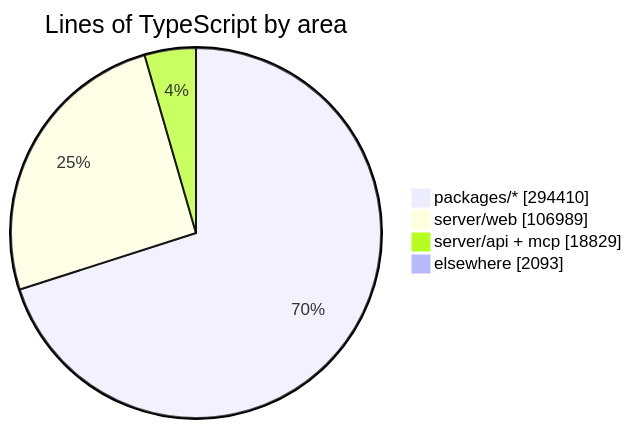
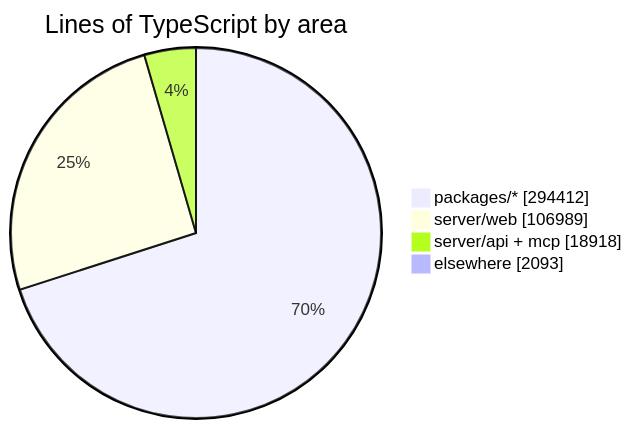
Before and after one commit to crossworks-engineering/mantle: the diagram in README.md, drawn with Mermaid. The commit also changed other lines of this file and 2 other files, not shown here.

````diff
--- a/README.md
+++ b/README.md
@@ -294,7 +294,7 @@
 ```mermaid
 pie showData title Lines of TypeScript by area
-    "packages/*" : 294410
+    "packages/*" : 294412
     "server/web" : 106989
-    "server/api + mcp" : 18829
+    "server/api + mcp" : 18918
     "elsewhere" : 2093
 ```
````
